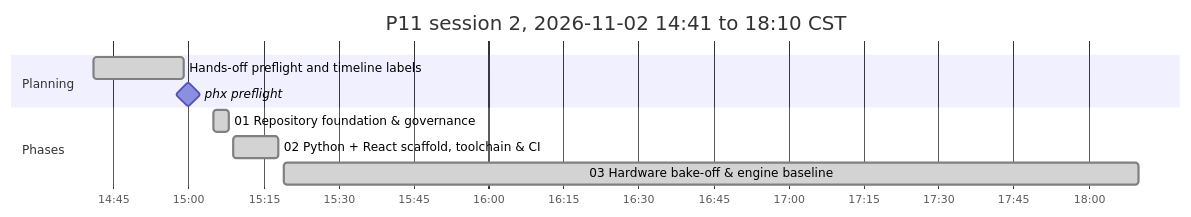
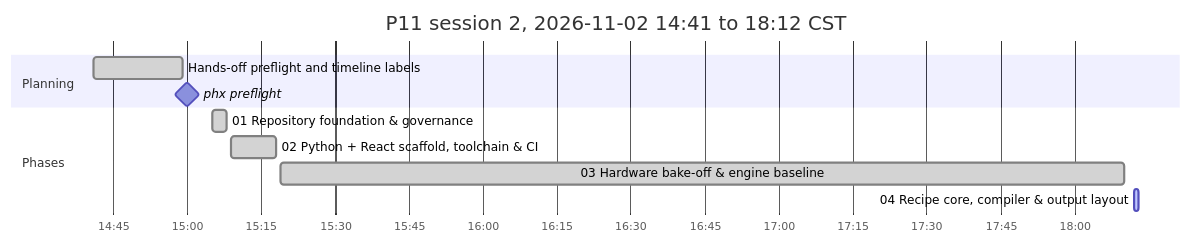
One commit to antonizick/project1111 changed the second of 2 diagrams in P11_IMPLEMENTATION_PLAN.md. Above: the diagram before and after it, drawn with Mermaid. The commit also changed other lines of this file and 1 other file, not shown here.

Commit message:
docs(plan): refresh timeline

````diff
--- a/P11_IMPLEMENTATION_PLAN.md
+++ b/P11_IMPLEMENTATION_PLAN.md
@@ -74,13 +74,14 @@
 ```mermaid
 gantt
-    title P11 session 2, 2026-11-02 14:41 to 18:10 CST
+    title P11 session 2, 2026-11-02 14:41 to 18:12 CST
     dateFormat YYYY-MM-DD HH:mm
     axisFormat %H:%M
     section Planning
     Hands-off preflight and timeline labels :done, plan3, 2026-11-02 14:41, 2026-11-02 14:59
     phx preflight :milestone, pf13ee0d5, 2026-11-02 15:00, 0m
     section Phases
     01 Repository foundation & governance :done, p01s2, 2026-11-02 15:05, 2026-11-02 15:08
     02 Python + React scaffold, toolchain & CI :done, p02s2, 2026-11-02 15:09, 2026-11-02 15:18
     03 Hardware bake-off & engine baseline :done, p03s2, 2026-11-02 15:19, 2026-11-02 18:10
+    04 Recipe core, compiler & output layout :active, p04s2, 2026-11-02 18:12, 2026-11-02 18:13
 ```
````
